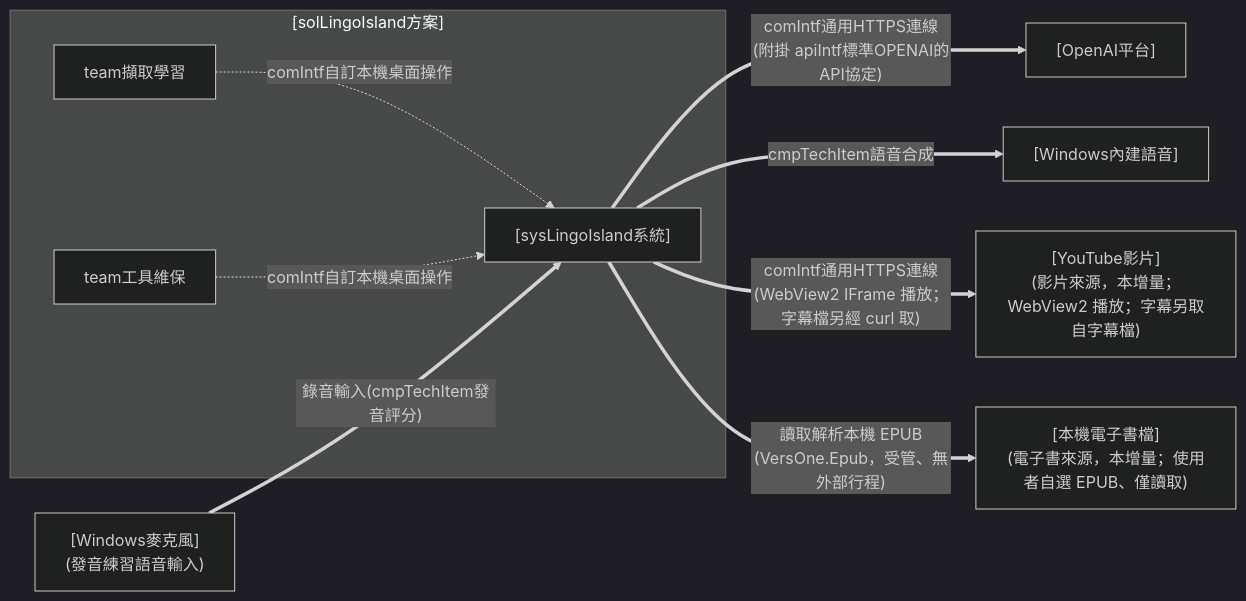
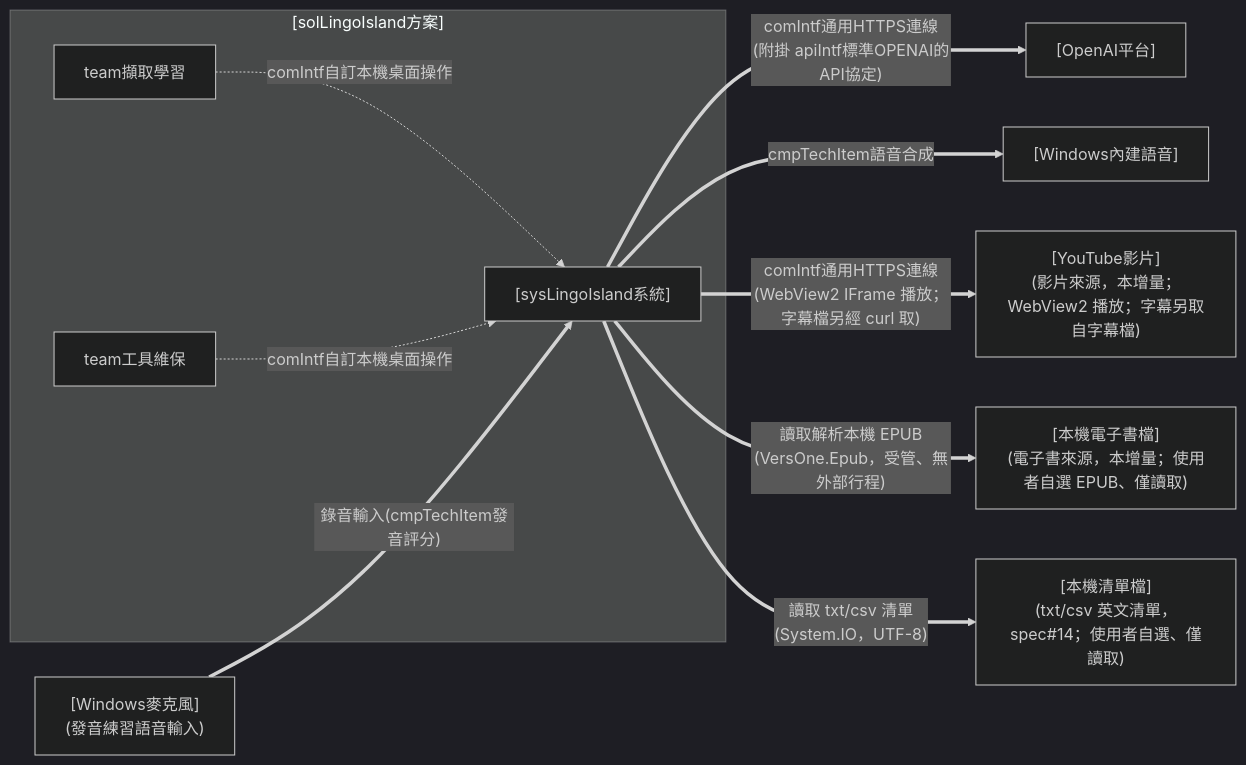
Before and after one commit to twMoonBear-Laboratory/solLingoIsland: the third of 6 diagrams in docs/design.md, drawn with Mermaid (dark theme). The commit also changed other lines of this file and 2 other files, not shown here.

````diff
--- a/docs/design.md
+++ b/docs/design.md
@@ -195,22 +198,24 @@
 ```mermaid
 flowchart LR
 
 subgraph SOL["[solLingoIsland方案]"]
   T1["team擷取學習"]
   T2["team工具維保"]
   SYS["[sysLingoIsland系統]"]
   T1 -.->|"comIntf自訂本機桌面操作"| SYS
   T2 -.->|"comIntf自訂本機桌面操作"| SYS
 end
 
 OPENAI["[OpenAI平台]"]
 SPEECH["[Windows內建語音]"]
 MIC["[Windows麥克風]<br/>(發音練習語音輸入)"]
 SYS ==>|"comIntf通用HTTPS連線<br/>(附掛 apiIntf標準OPENAI的API協定)"| OPENAI
 SYS ==>|"cmpTechItem語音合成"| SPEECH
 MIC ==>|"錄音輸入(cmpTechItem發音評分)"| SYS
 YT["[YouTube影片]<br/>(影片來源，本增量；WebView2 播放；字幕另取自字幕檔)"]
 SYS ==>|"comIntf通用HTTPS連線<br/>(WebView2 IFrame 播放；字幕檔另經 curl 取)"| YT
 EBOOK["[本機電子書檔]<br/>(電子書來源，本增量；使用者自選 EPUB、僅讀取)"]
 SYS ==>|"讀取解析本機 EPUB<br/>(VersOne.Epub，受管、無外部行程)"| EBOOK
+LIST["[本機清單檔]<br/>(txt/csv 英文清單，spec#14；使用者自選、僅讀取)"]
+SYS ==>|"讀取 txt/csv 清單<br/>(System.IO，UTF-8)"| LIST
 ```
````
